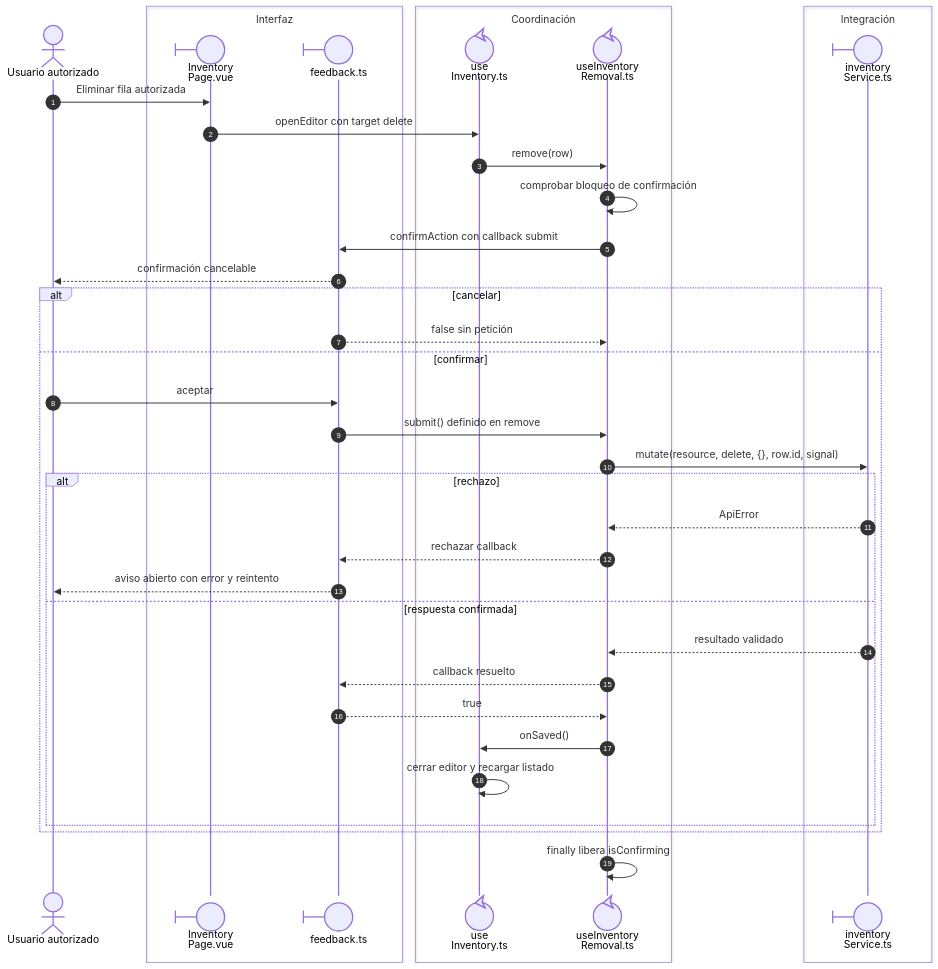
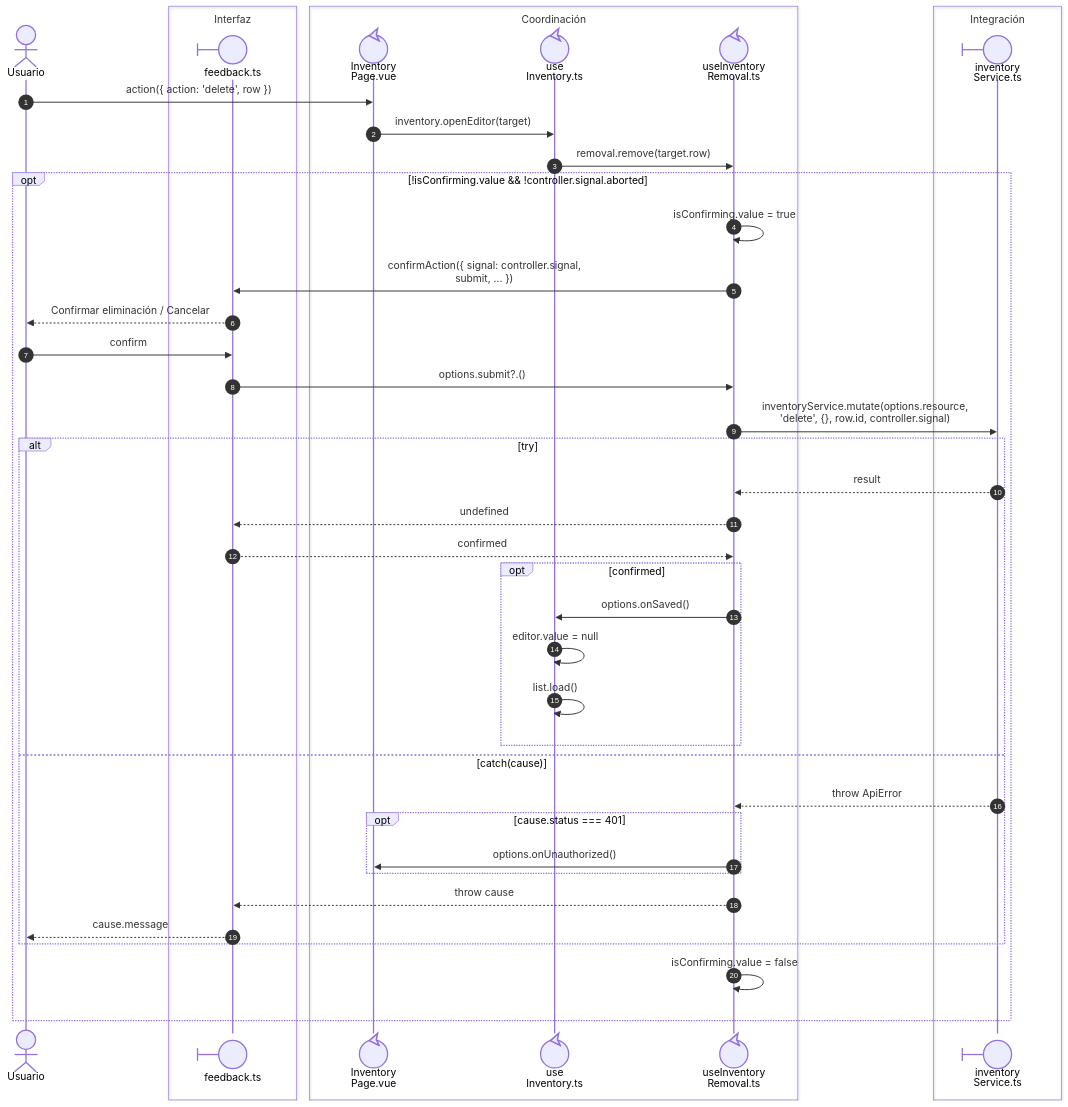
The diagram in front/docs/architecture/views/processes/05-warehouse/04-inventory-removal.md (gpgsistemas01/nexus), drawn with Mermaid before and after one commit. The commit also changed other lines of this file and 43 other files, not shown here.

````diff
--- a/front/docs/architecture/views/processes/05-warehouse/04-inventory-removal.md
+++ b/front/docs/architecture/views/processes/05-warehouse/04-inventory-removal.md
@@ -15,41 +7,45 @@
 ```mermaid
 sequenceDiagram
     autonumber
-    actor U as Usuario autorizado
+    actor U as Usuario
     box Interfaz
-    participant Page@{ "type": "boundary" } as Inventory<br/>Page.vue
     participant Feedback@{ "type": "boundary" } as feedback.ts
     end
     box Coordinación
+    participant Page@{ "type": "control" } as Inventory<br/>Page.vue
     participant Inventory@{ "type": "control" } as use<br/>Inventory.ts
     participant Remove@{ "type": "control" } as useInventory<br/>Removal.ts
     end
     box Integración
     participant Service@{ "type": "boundary" } as inventory<br/>Service.ts
     end
-    U->>Page: Eliminar fila autorizada
-    Page->>Inventory: openEditor con target delete
-    Inventory->>Remove: remove(row)
-    Remove->>Remove: comprobar bloqueo de confirmación
-    Remove->>Feedback: confirmAction con callback submit
-    Feedback-->>U: confirmación cancelable
-    alt cancelar
-        Feedback-->>Remove: false sin petición
-    else confirmar
-        U->>Feedback: aceptar
-        Feedback->>Remove: submit() definido en remove
-        Remove->>Service: mutate(resource, delete, {}, row.id, signal)
-        alt rechazo
-            Service-->>Remove: ApiError
-            Remove-->>Feedback: rechazar callback
-            Feedback-->>U: aviso abierto con error y reintento
-        else respuesta confirmada
-            Service-->>Remove: resultado validado
-            Remove-->>Feedback: callback resuelto
-            Feedback-->>Remove: true
-            Remove->>Inventory: onSaved()
-            Inventory->>Inventory: cerrar editor y recargar listado
+    U->>Page: nowrap: action({ action: 'delete', row })
+    Page->>Inventory: nowrap: inventory.openEditor(target)
+    Inventory->>Remove: nowrap: removal.remove(target.row)
+    opt nowrap: !isConfirming.value && !controller.signal.aborted
+        Remove->>Remove: nowrap: isConfirming.value = true
+        Remove->>Feedback: nowrap: confirmAction({ signal: controller.signal,<br/>submit, ... })
+        Feedback-->>U: nowrap: Confirmar eliminación / Cancelar
+        U->>Feedback: nowrap: confirm
+        Feedback->>Remove: nowrap: options.submit?.()
+        Remove->>Service: nowrap: inventoryService.mutate(options.resource,<br/>'delete', {}, row.id, controller.signal)
+        alt nowrap: try
+            Service-->>Remove: nowrap: result
+            Remove-->>Feedback: nowrap: undefined
+            Feedback-->>Remove: nowrap: confirmed
+            opt nowrap: confirmed
+                Remove->>Inventory: nowrap: options.onSaved()
+                Inventory->>Inventory: nowrap: editor.value = null
+                Inventory->>Inventory: nowrap: list.load()
+            end
+        else nowrap: catch(cause)
+            Service-->>Remove: nowrap: throw ApiError
+            opt nowrap: cause.status === 401
+                Remove->>Page: nowrap: options.onUnauthorized()
+            end
+            Remove-->>Feedback: nowrap: throw cause
+            Feedback-->>U: nowrap: cause.message
         end
+        Remove->>Remove: nowrap: isConfirming.value = false
     end
-    Remove->>Remove: finally libera isConfirming
 ```
````
